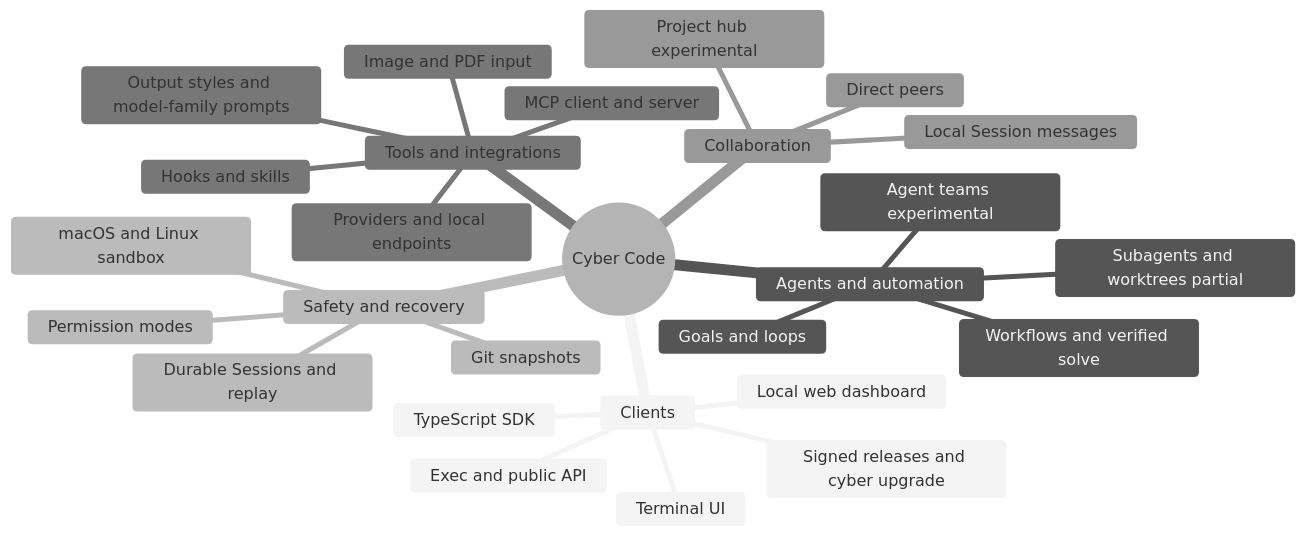
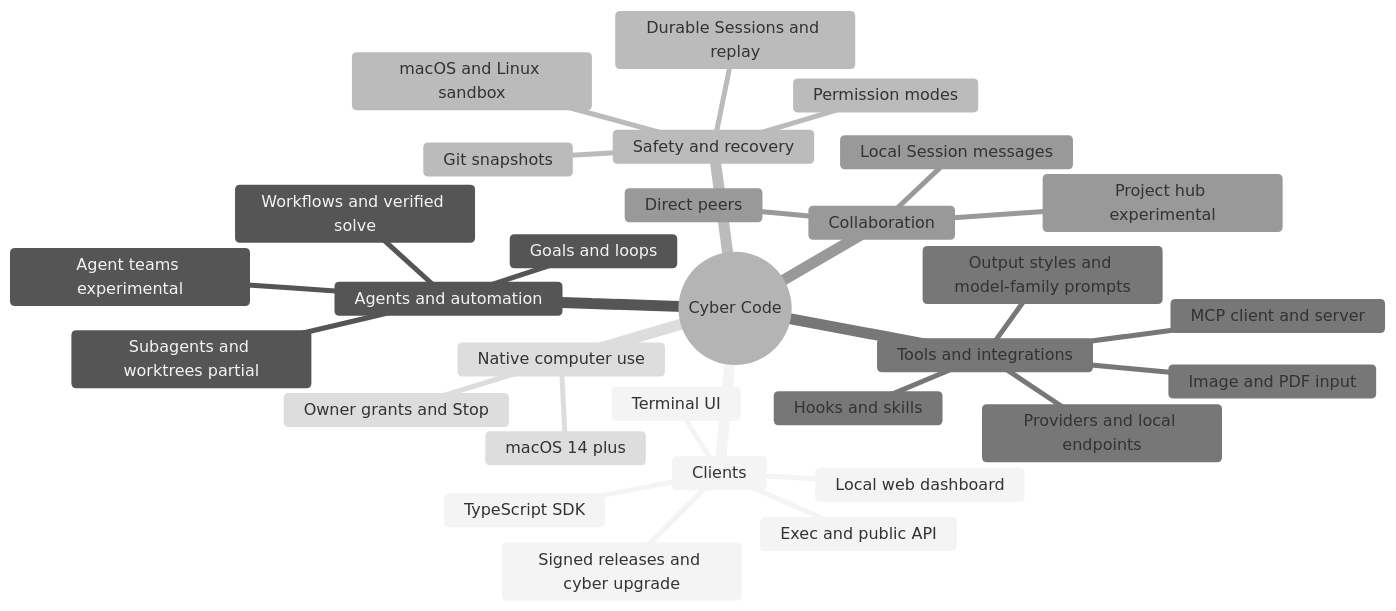
One commit to CyberdyneCorp/cybercode-cli changed the diagram in README.md. Above: the diagram before and after it, drawn with Mermaid (neutral theme). The commit also changed other lines of this file and 63 other files, not shown here.

Commit message:
Implement native computer authority and macOS adapter

````diff
--- a/README.md
+++ b/README.md
@@ -80,30 +82,33 @@
 ```mermaid
 mindmap
   root((Cyber Code))
     Clients
       Terminal UI
       Exec and public API
       Local web dashboard
       TypeScript SDK
       Signed releases and cyber upgrade
     Agents and automation
       Subagents and worktrees partial
       Workflows and verified solve
       Goals and loops
       Agent teams experimental
     Safety and recovery
       Permission modes
       macOS and Linux sandbox
       Git snapshots
       Durable Sessions and replay
     Tools and integrations
       Providers and local endpoints
       MCP client and server
       Hooks and skills
       Image and PDF input
       Output styles and model-family prompts
     Collaboration
       Local Session messages
       Direct peers
       Project hub experimental
+    Native computer use
+      macOS 14 plus
+      Owner grants and Stop
 ```
````
